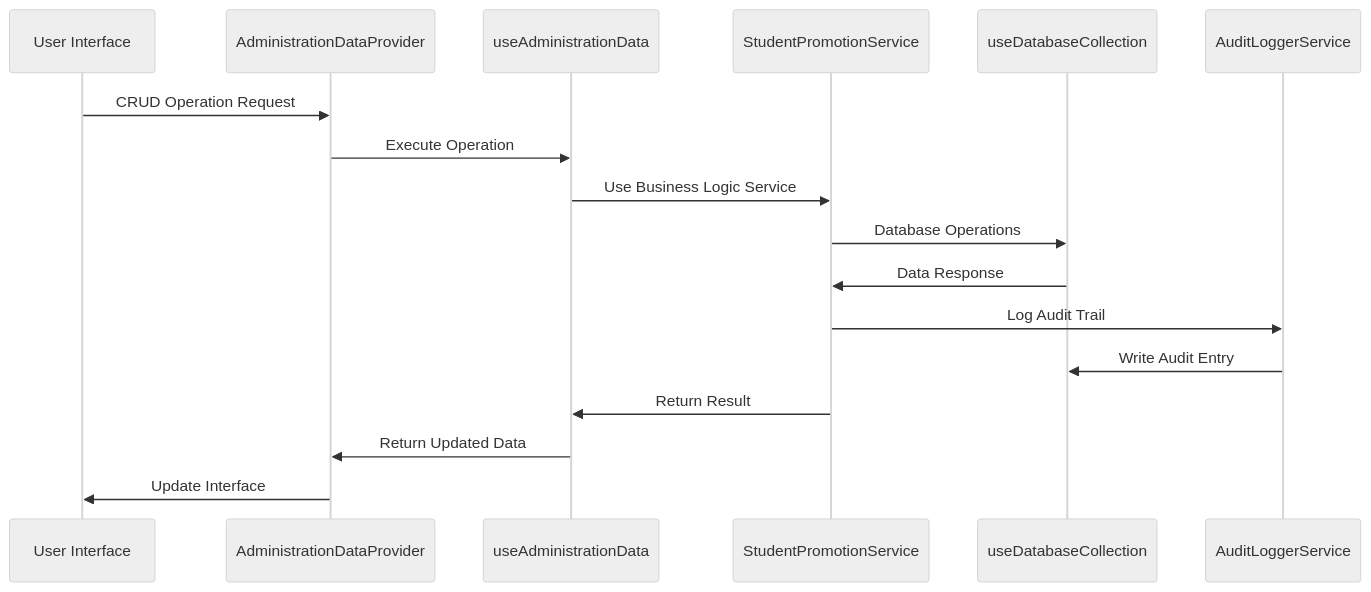
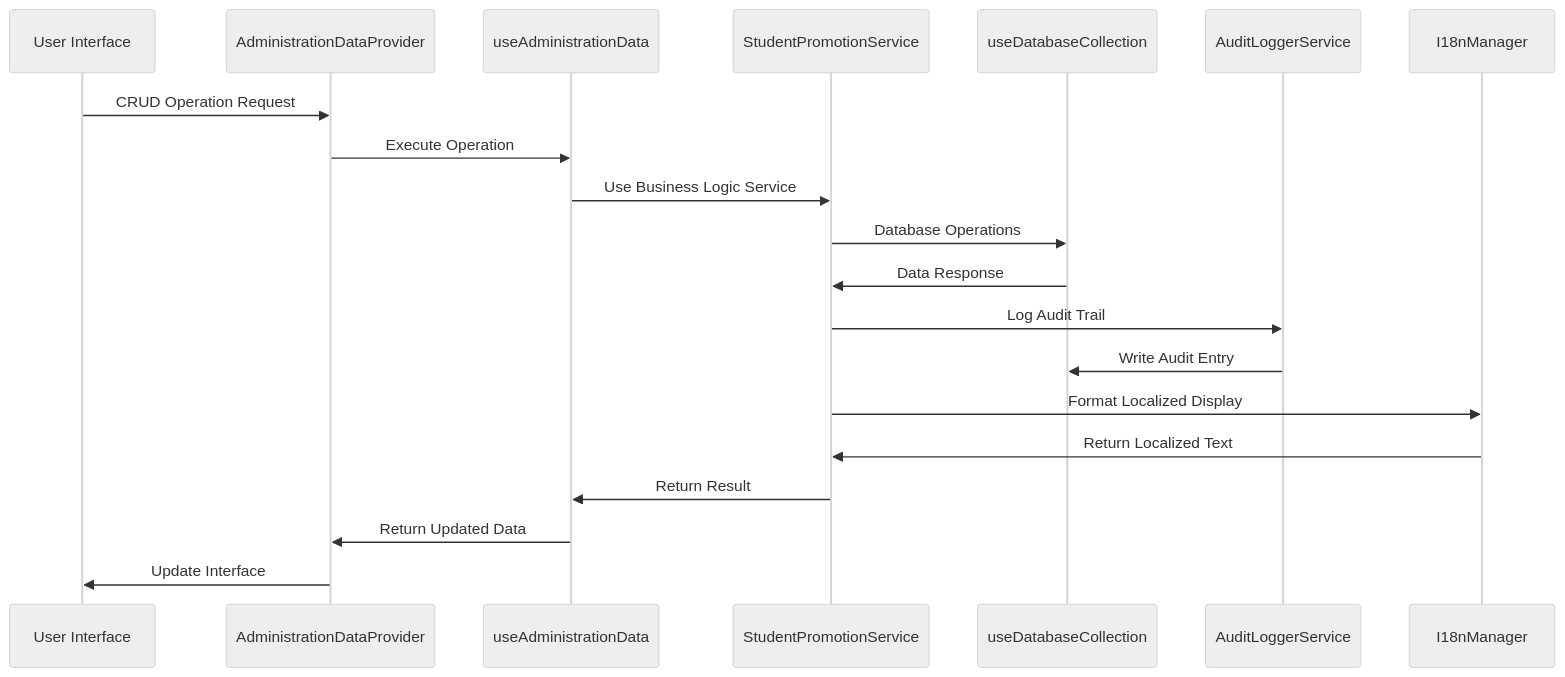
Before and after one commit to geniusdynamics/schoolpilot: the third of 5 diagrams in .qoder/repowiki/en/content/Modules System/Administration Module.md, drawn with Mermaid (neutral theme). The commit also changed other lines of this file and 16 other files, not shown here.

````diff
--- a/.qoder/repowiki/en/content/Modules System/Administration Module.md
+++ b/.qoder/repowiki/en/content/Modules System/Administration Module.md
@@ -285,19 +292,22 @@
 ```mermaid
 sequenceDiagram
 participant UI as User Interface
 participant Provider as AdministrationDataProvider
 participant Hook as useAdministrationData
 participant Service as StudentPromotionService
 participant Collection as useDatabaseCollection
 participant AuditService as AuditLoggerService
+participant I18n as I18nManager
 UI->>Provider : CRUD Operation Request
 Provider->>Hook : Execute Operation
 Hook->>Service : Use Business Logic Service
 Service->>Collection : Database Operations
 Collection->>Service : Data Response
 Service->>AuditService : Log Audit Trail
 AuditService->>Collection : Write Audit Entry
+Service->>I18n : Format Localized Display
+I18n->>Service : Return Localized Text
 Service->>Hook : Return Result
 Hook->>Provider : Return Updated Data
 Provider->>UI : Update Interface
 ```
````
